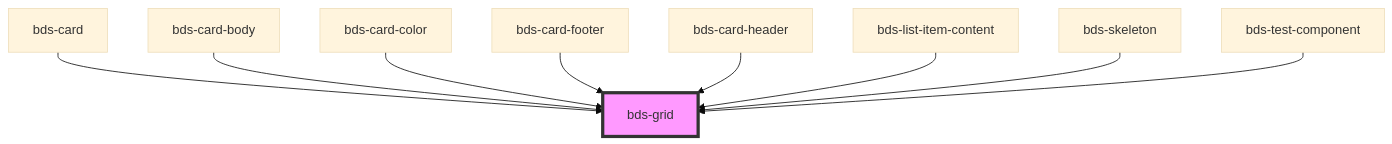
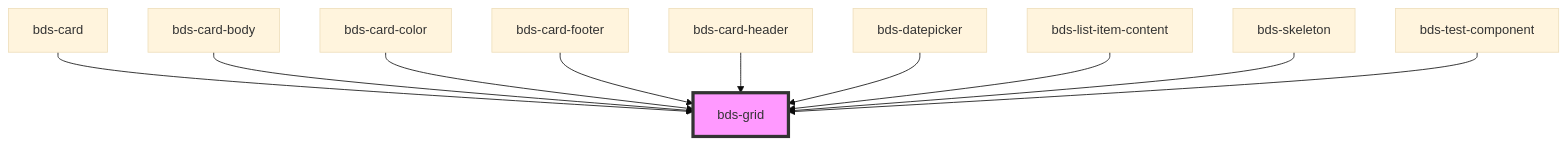
One commit to takenet/blip-ds changed the diagram in src/components/grid/readme.md. Above: the diagram before and after it, drawn with Mermaid (base theme). The commit also changed other lines of this file and 7 other files, not shown here.

````diff
--- a/src/components/grid/readme.md
+++ b/src/components/grid/readme.md
@@ -50,12 +51,13 @@
 ```mermaid
 graph TD;
   bds-card --> bds-grid
   bds-card-body --> bds-grid
   bds-card-color --> bds-grid
   bds-card-footer --> bds-grid
   bds-card-header --> bds-grid
+  bds-datepicker --> bds-grid
   bds-list-item-content --> bds-grid
   bds-skeleton --> bds-grid
   bds-test-component --> bds-grid
   style bds-grid fill:#f9f,stroke:#333,stroke-width:4px
 ```
````
